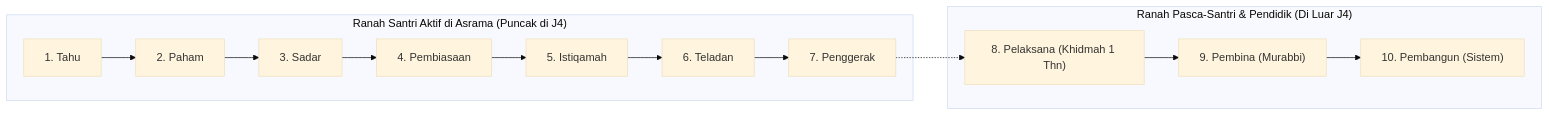
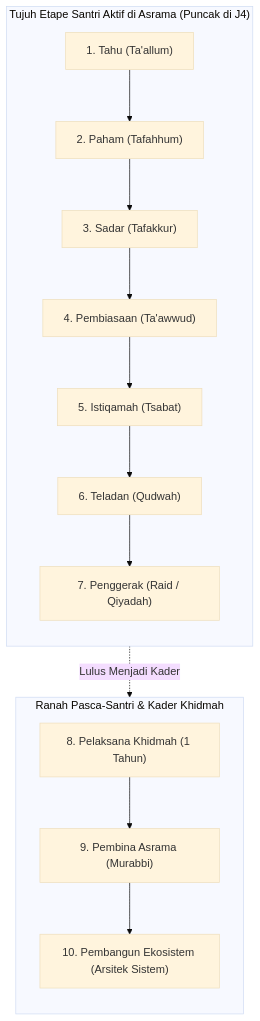
One commit to wandiapriliyandi/tumbuh changed the first of 3 diagrams in BOOK Series 1/01-The-Fundamental-of-TUMBUH/Bab-12-Paradigma-Progresi-Karakter.md. Above: the diagram before and after it, drawn with Mermaid (base theme). The commit also changed other lines of this file and 35 other files, not shown here.

Commit message:
fix(book-01): optimasi keterbacaan diagram mermaid pada seluruh bab dan perbarui 20 file PDF

````diff
--- a/BOOK Series 1/01-The-Fundamental-of-TUMBUH/Bab-12-Paradigma-Progresi-Karakter.md
+++ b/BOOK Series 1/01-The-Fundamental-of-TUMBUH/Bab-12-Paradigma-Progresi-Karakter.md
@@ -81,10 +81,22 @@
 ```mermaid
-graph LR
-    subgraph SIKLUS_SANTRI["Ranah Santri Aktif di Asrama (Puncak di J4)"]
-        T1["1. Tahu"] --> T2["2. Paham"] --> T3["3. Sadar"] --> T4["4. Pembiasaan"] --> T5["5. Istiqamah"] --> T6["6. Teladan"] --> T7["7. Penggerak"]
+graph TD
+    subgraph SIKLUS_SANTRI["Tujuh Etape Santri Aktif di Asrama (Puncak di J4)"]
+        direction TB
+        T1["1. Tahu (Ta'allum)"]
+        --> T2["2. Paham (Tafahhum)"]
+        --> T3["3. Sadar (Tafakkur)"]
+        --> T4["4. Pembiasaan (Ta'awwud)"]
+        --> T5["5. Istiqamah (Tsabat)"]
+        --> T6["6. Teladan (Qudwah)"]
+        --> T7["7. Penggerak (Raid / Qiyadah)"]
     end
     
-    subgraph SIKLUS_PASCA_SANTRI["Ranah Pasca-Santri & Pendidik (Di Luar J4)"]
-        T7 -.-> T8["8. Pelaksana (Khidmah 1 Thn)"] --> T9["9. Pembina (Murabbi)"] --> T10["10. Pembangun (Sistem)"]
+    subgraph SIKLUS_PASCA_SANTRI["Ranah Pasca-Santri & Kader Khidmah"]
+        direction TB
+        T8["8. Pelaksana Khidmah (1 Tahun)"]
+        --> T9["9. Pembina Asrama (Murabbi)"]
+        --> T10["10. Pembangun Ekosistem (Arsitek Sistem)"]
     end
+
+    T7 -.->|Lulus Menjadi Kader| T8
 ```
````
